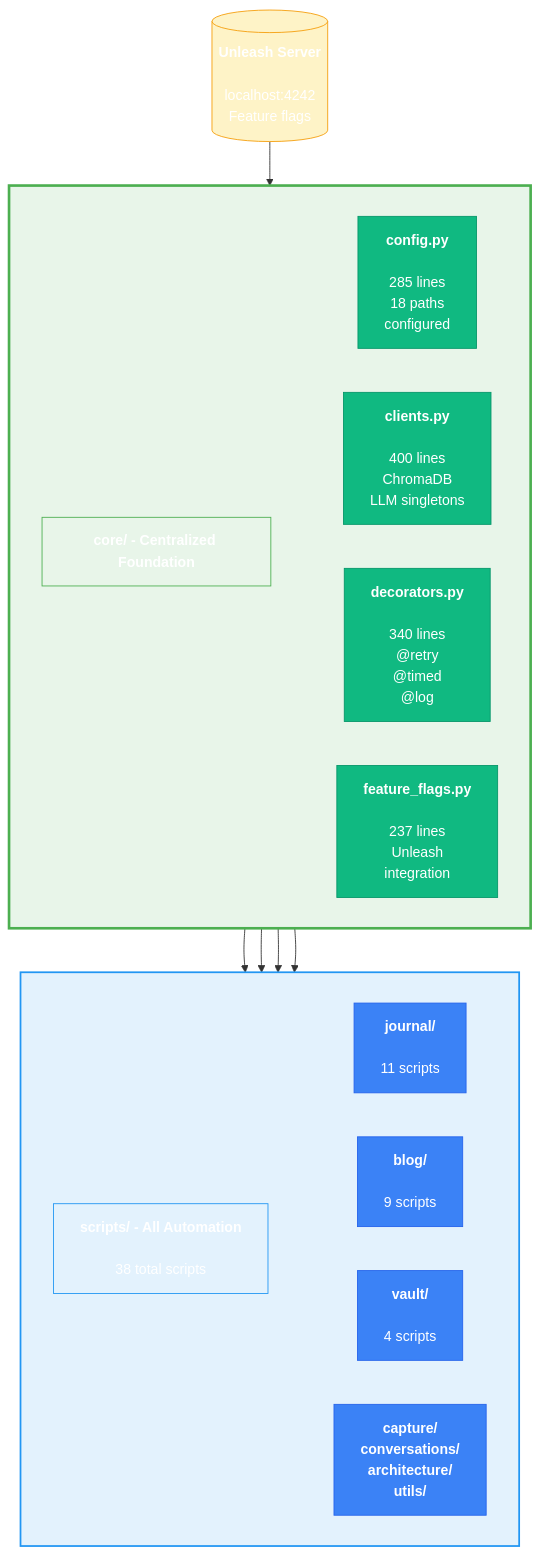
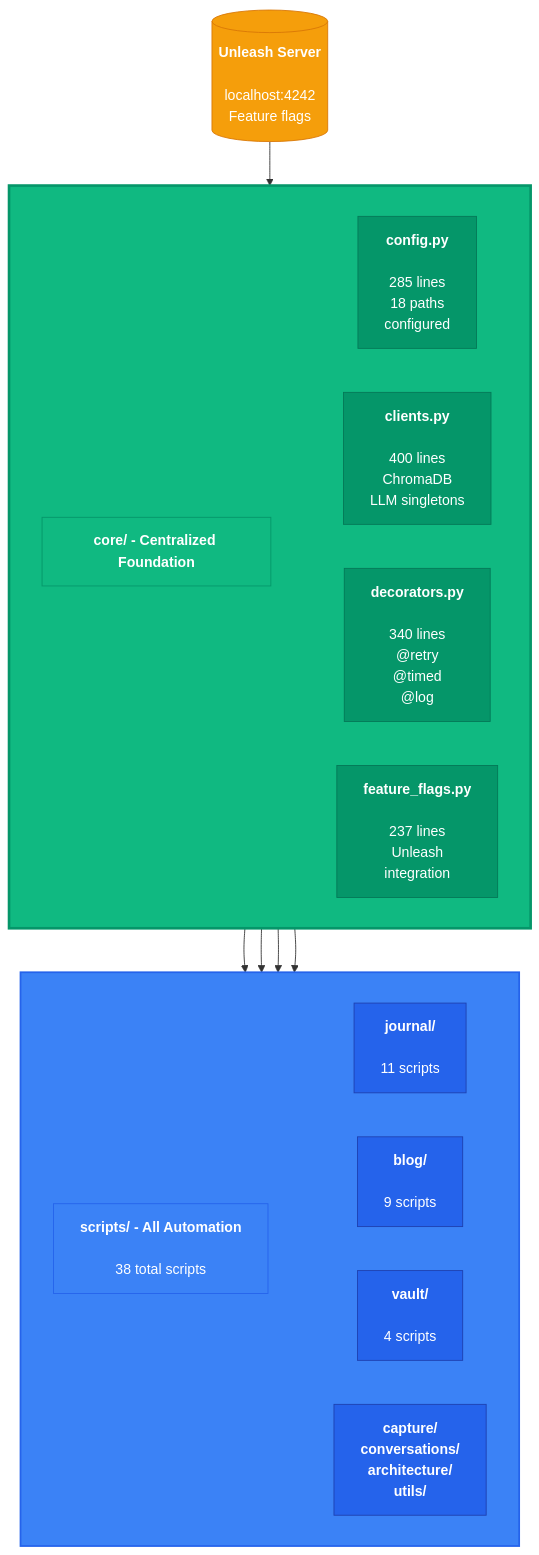
Before and after one commit to rduffyuk/blog-astro: the third of 6 diagrams in src/data/blog/season-2-episode-4-three-systems-parallel-testing.md, drawn with Mermaid. The commit also changed other lines of this file, not shown here.

Commit message:
Replace light pastel fills with darker, bolder colors for better dark mode contrast
Changed all light fill colors to darker, bolder alternatives:

Diagram 1 (ChromaDB Reindex):
- Error: #fee → #ef4444 (bold red)
- Complete: #efe → #10b981 (bold green)
- Process boxes: #e3f2fd → #3b82f6 (bold blue)

Diagram 3 (Core Module Architecture):
- Core/CoreTitle: #e8f5e9 → #10b981 (bold green)
- Config/Clients/Decorators/Flags: #10b981 → #059669 (darker green)
- Scripts/ScriptsTitle: #e3f2fd → #3b82f6 (bold blue)
- Journal/Blog/Vault/Other: #3b82f6 → #2563eb (darker blue)
- Unleash: #fef3c7 → #f59e0b (bold amber)

Diagram 4 (Scripts Migration):
- V1: #fee → #ef4444 (bold red)
- Code1: #fef3c7 → #f59e0b (bold amber)
- V2/Core: #e8f5e9 → #10b981 (bold green)
- Scripts: #e3f2fd → #3b82f6 (bold blue)
- Neural: #fef3c7 → #f59e0b (bold amber)

Light pastel colors (#fee, #efe, #e3f2fd, #e8f5e9, #fef3c7) had poor
contrast in dark mode. Replaced with vibrant, saturated colors that
work in both light and dark themes while maintaining readability.

Build verified: All 6 mermaid blocks transformed successfully.

🤖 Generated with [Claude Code](https://claude.com/claude-code)

````diff
--- a/src/data/blog/season-2-episode-4-three-systems-parallel-testing.md
+++ b/src/data/blog/season-2-episode-4-three-systems-parallel-testing.md
@@ -424,51 +424,51 @@
 ```mermaid
 graph TB
     subgraph Core[" "]
         direction LR
         CoreTitle["<b>core/ - Centralized Foundation</b>"]
         Config["<b>config.py</b><br/><br/>285 lines<br/>18 paths<br/>configured"]
         Clients["<b>clients.py</b><br/><br/>400 lines<br/>ChromaDB<br/>LLM singletons"]
         Decorators["<b>decorators.py</b><br/><br/>340 lines<br/>@retry<br/>@timed<br/>@log"]
         Flags["<b>feature_flags.py</b><br/><br/>237 lines<br/>Unleash<br/>integration"]
 
         CoreTitle ~~~ Config
         CoreTitle ~~~ Clients
         CoreTitle ~~~ Decorators
         CoreTitle ~~~ Flags
     end
 
     subgraph Scripts[" "]
         direction LR
         ScriptsTitle["<b>scripts/ - All Automation</b><br/><br/>38 total scripts"]
         Journal["<b>journal/</b><br/><br/>11 scripts"]
         Blog["<b>blog/</b><br/><br/>9 scripts"]
         Vault["<b>vault/</b><br/><br/>4 scripts"]
         Other["<b>capture/</b><br/><b>conversations/</b><br/><b>architecture/</b><br/><b>utils/</b>"]
 
         ScriptsTitle ~~~ Journal
         ScriptsTitle ~~~ Blog
         ScriptsTitle ~~~ Vault
         ScriptsTitle ~~~ Other
     end
 
     Config --> Scripts
     Clients --> Scripts
     Decorators --> Scripts
     Flags --> Scripts
 
     Unleash[("<b>Unleash Server</b><br/><br/>localhost:4242<br/>Feature flags")] --> Flags
 
-    style Core fill:#e8f5e9,stroke:#4caf50,stroke-width:3px,color:#fff
-    style CoreTitle fill:#e8f5e9,stroke:#4caf50,color:#fff
-    style Config fill:#10b981,stroke:#059669,color:#fff
-    style Clients fill:#10b981,stroke:#059669,color:#fff
-    style Decorators fill:#10b981,stroke:#059669,color:#fff
-    style Flags fill:#10b981,stroke:#059669,color:#fff
-    style Scripts fill:#e3f2fd,stroke:#2196f3,stroke-width:2px,color:#fff
-    style ScriptsTitle fill:#e3f2fd,stroke:#2196f3,color:#fff
-    style Journal fill:#3b82f6,stroke:#2563eb,color:#fff
-    style Blog fill:#3b82f6,stroke:#2563eb,color:#fff
-    style Vault fill:#3b82f6,stroke:#2563eb,color:#fff
-    style Other fill:#3b82f6,stroke:#2563eb,color:#fff
-    style Unleash fill:#fef3c7,stroke:#f59e0b,color:#fff
+    style Core fill:#10b981,stroke:#059669,stroke-width:3px,color:#fff
+    style CoreTitle fill:#10b981,stroke:#059669,color:#fff
+    style Config fill:#059669,stroke:#047857,color:#fff
+    style Clients fill:#059669,stroke:#047857,color:#fff
+    style Decorators fill:#059669,stroke:#047857,color:#fff
+    style Flags fill:#059669,stroke:#047857,color:#fff
+    style Scripts fill:#3b82f6,stroke:#2563eb,stroke-width:2px,color:#fff
+    style ScriptsTitle fill:#3b82f6,stroke:#2563eb,color:#fff
+    style Journal fill:#2563eb,stroke:#1e40af,color:#fff
+    style Blog fill:#2563eb,stroke:#1e40af,color:#fff
+    style Vault fill:#2563eb,stroke:#1e40af,color:#fff
+    style Other fill:#2563eb,stroke:#1e40af,color:#fff
+    style Unleash fill:#f59e0b,stroke:#d97706,color:#fff
 ```
````
